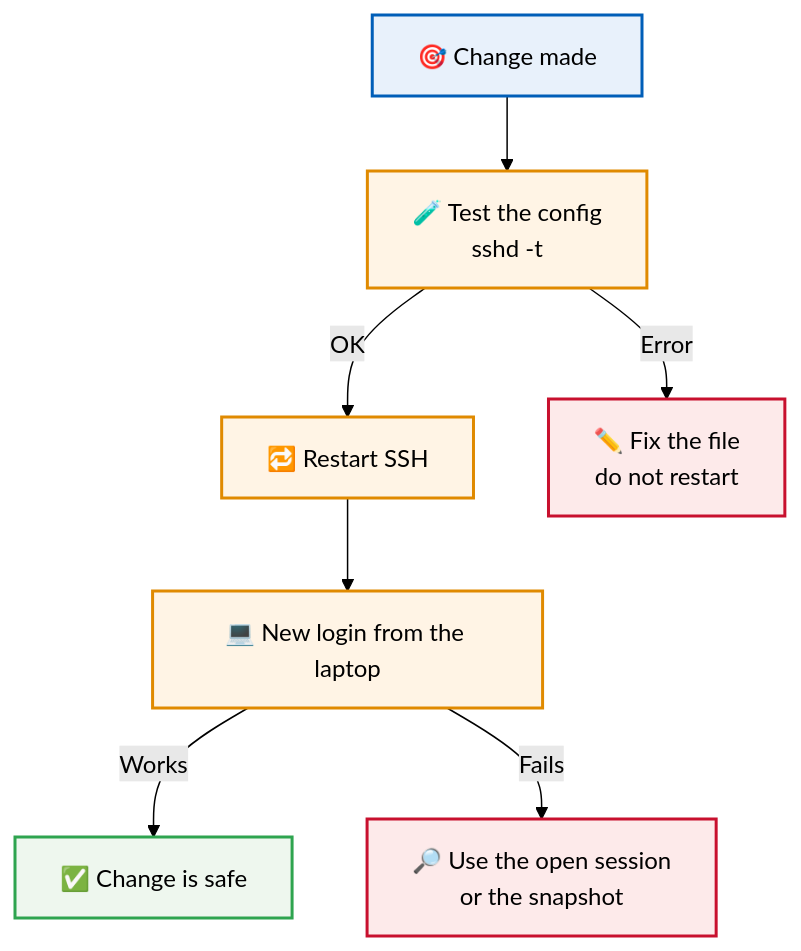
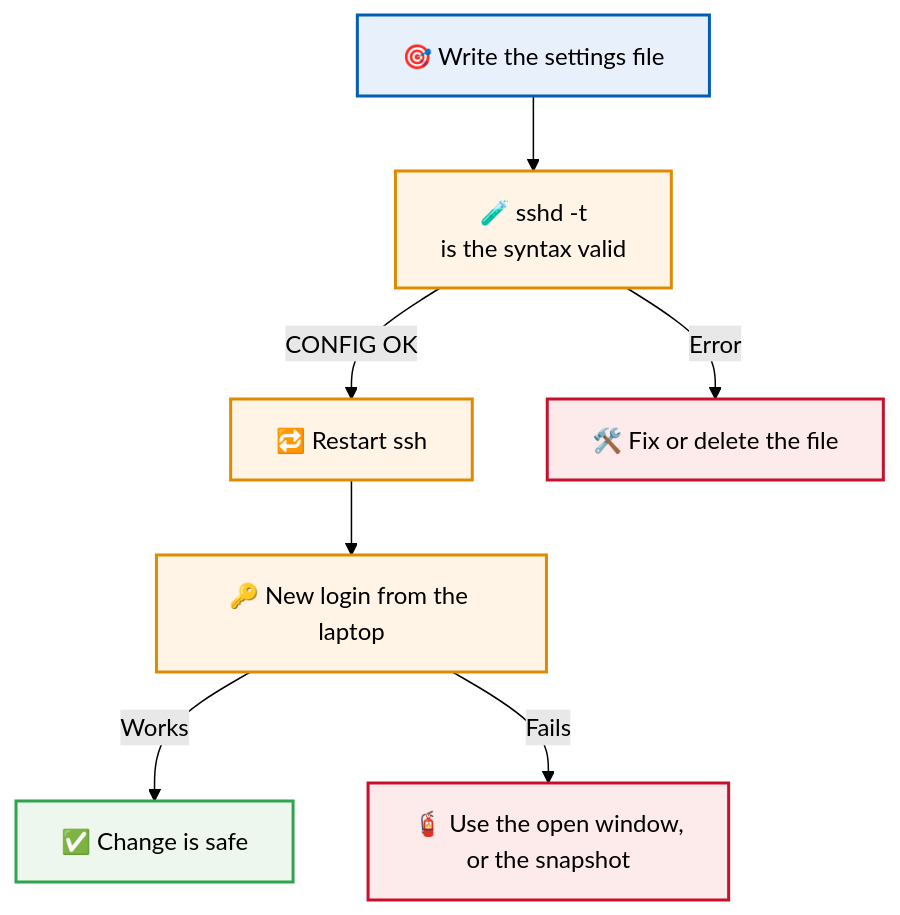
One commit to malaika-azhar/Linux-SysAdmin-Labs changed the fourth of 5 diagrams in lab03-ssh-firewall-patching/README.md. Above: the diagram before and after it, drawn with Mermaid (forest theme). The commit also changed other lines of this file, not shown here.

````diff
--- a/lab03-ssh-firewall-patching/README.md
+++ b/lab03-ssh-firewall-patching/README.md
@@ -527,14 +539,14 @@
 ```mermaid
 flowchart TD
-    A["🎯 Change made"]:::start --> B["🧪 Test the config<br/>sshd -t"]:::work
-    B -->|OK| C["🔁 Restart SSH"]:::work
-    B -->|Error| X["✏️ Fix the file<br/>do not restart"]:::bad
-    C --> D["💻 New login from the laptop"]:::work
+    A["🎯 Write the settings file"]:::start --> B["🧪 sshd -t<br/>is the syntax valid"]:::work
+    B -->|CONFIG OK| C["🔁 Restart ssh"]:::work
+    B -->|Error| X["🛠️ Fix or delete the file"]:::bad
+    C --> D["🔑 New login from the laptop"]:::work
     D -->|Works| E["✅ Change is safe"]:::good
-    D -->|Fails| F["🔎 Use the open session<br/>or the snapshot"]:::bad
+    D -->|Fails| F["🧯 Use the open window,<br/>or the snapshot"]:::bad
 
     classDef start fill:#e8f1fb,stroke:#005EB8,stroke-width:2px,color:#000
     classDef work fill:#fff4e5,stroke:#e08a00,stroke-width:2px,color:#000
     classDef good fill:#eef7ee,stroke:#2ea44f,stroke-width:2px,color:#000
     classDef bad fill:#fdeaea,stroke:#C8102E,stroke-width:2px,color:#000
 ```
````
